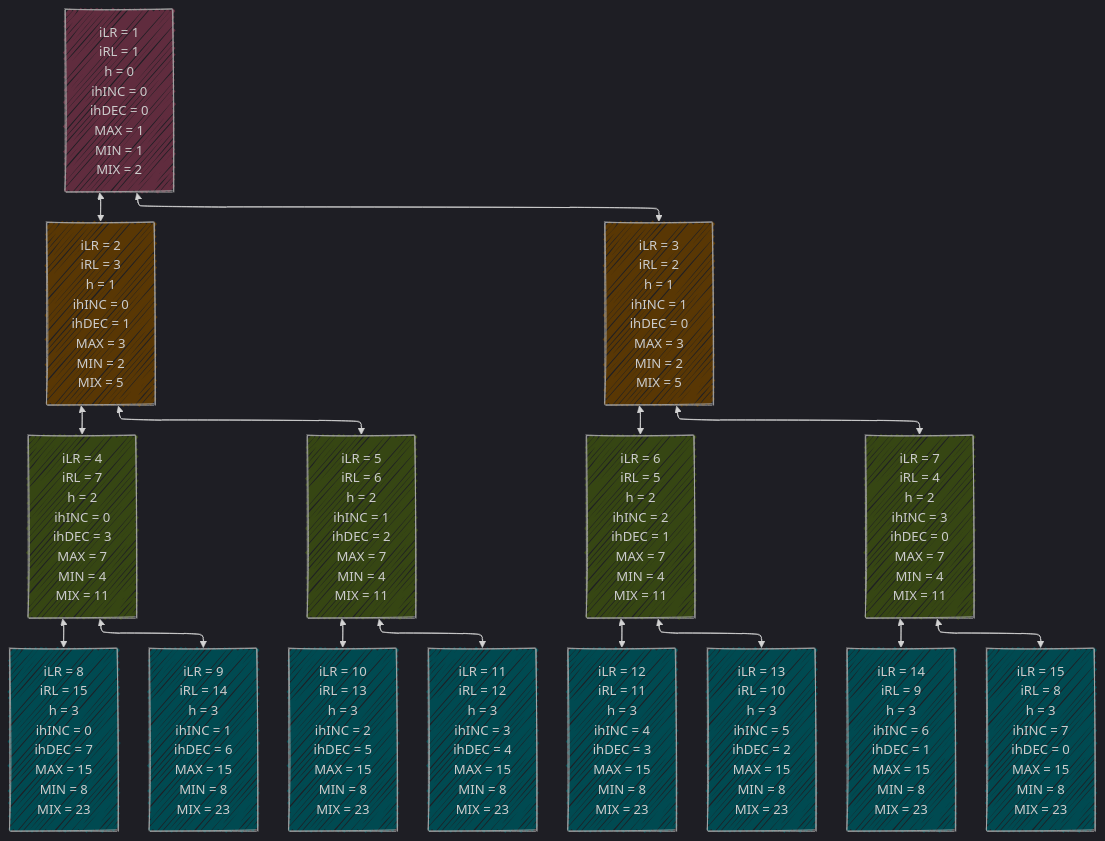
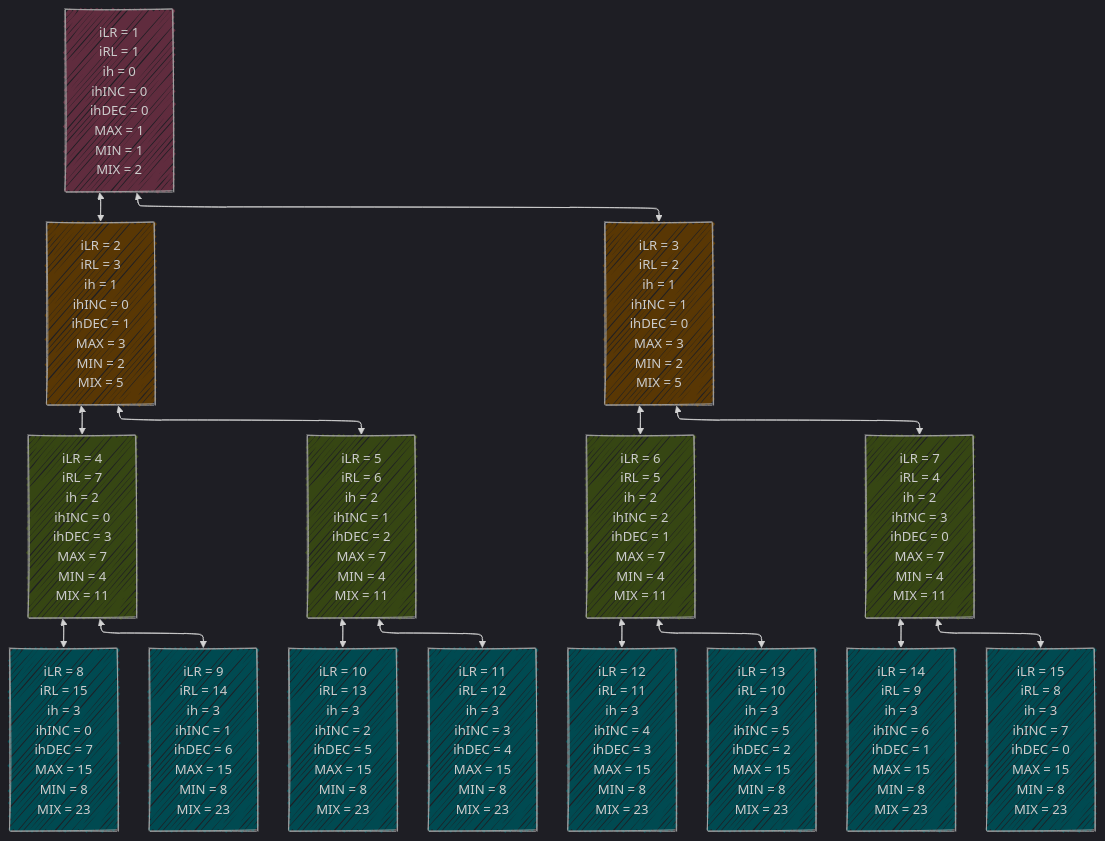
Before and after one commit to mod-by-cis/kinship-typologies-inferred-via-systematic-coherent-method-and-model: the second of 2 diagrams in mods/sosa-v4/TREE-BIN.md, drawn with Mermaid. The commit also changed other lines of this file, not shown here.

````diff
--- a/mods/sosa-v4/TREE-BIN.md
+++ b/mods/sosa-v4/TREE-BIN.md
@@ -221,42 +221,42 @@
 ```mermaid
 ---
 config:
   layout: elk
   look: handDrawn
   theme: dark
 ---
 graph TD
-  01["iLR = 1 <br /> iRL = 1  <br /> h = 0 <br /> ihINC = 0 <br /> ihDEC = 0 <br /> MAX = 1 <br /> MIN = 1 <br /> MIX = 2"]
-  01 <--> 02["iLR = 2 <br /> iRL = 3 <br /> h = 1 <br /> ihINC = 0 <br /> ihDEC = 1 <br /> MAX = 3 <br /> MIN = 2 <br /> MIX = 5"]
-  01 <--> 03["iLR = 3 <br /> iRL = 2 <br /> h = 1 <br /> ihINC = 1 <br /> ihDEC = 0 <br /> MAX = 3 <br /> MIN = 2 <br /> MIX = 5"]
-  02 <--> 04["iLR = 4 <br /> iRL = 7 <br /> h = 2 <br /> ihINC = 0 <br /> ihDEC = 3 <br /> MAX = 7 <br /> MIN = 4 <br /> MIX = 11"]
-  02 <--> 05["iLR = 5 <br /> iRL = 6 <br /> h = 2 <br /> ihINC = 1 <br /> ihDEC = 2 <br /> MAX = 7 <br /> MIN = 4 <br /> MIX = 11"]
-  03 <--> 06["iLR = 6 <br /> iRL = 5 <br /> h = 2 <br /> ihINC = 2 <br /> ihDEC = 1 <br /> MAX = 7 <br /> MIN = 4 <br /> MIX = 11"]
-  03 <--> 07["iLR = 7 <br /> iRL = 4 <br /> h = 2 <br /> ihINC = 3 <br /> ihDEC = 0 <br /> MAX = 7 <br /> MIN = 4 <br /> MIX = 11"]
-  04 <--> 08["iLR = 8 <br /> iRL = 15 <br /> h = 3 <br /> ihINC = 0 <br /> ihDEC = 7 <br /> MAX = 15 <br /> MIN = 8 <br /> MIX = 23"]
-  04 <--> 09["iLR = 9 <br /> iRL = 14 <br /> h = 3 <br /> ihINC = 1 <br /> ihDEC = 6 <br /> MAX = 15 <br /> MIN = 8 <br /> MIX = 23"] 
-  05 <--> 10["iLR = 10 <br /> iRL = 13 <br /> h = 3 <br /> ihINC = 2 <br /> ihDEC = 5 <br /> MAX = 15 <br /> MIN = 8 <br /> MIX = 23"]
-  05 <--> 11["iLR = 11 <br /> iRL = 12 <br /> h = 3 <br /> ihINC = 3 <br /> ihDEC = 4 <br /> MAX = 15 <br /> MIN = 8 <br /> MIX = 23"]
-  06 <--> 12["iLR = 12 <br /> iRL = 11 <br /> h = 3 <br /> ihINC = 4 <br /> ihDEC = 3 <br /> MAX = 15 <br /> MIN = 8 <br /> MIX = 23"]
-  06 <--> 13["iLR = 13 <br /> iRL = 10 <br /> h = 3 <br /> ihINC = 5 <br /> ihDEC = 2 <br /> MAX = 15 <br /> MIN = 8 <br /> MIX = 23"]
-  07 <--> 14["iLR = 14 <br /> iRL = 9 <br /> h = 3 <br /> ihINC = 6 <br /> ihDEC = 1 <br /> MAX = 15 <br /> MIN = 8 <br /> MIX = 23"]
-  07 <--> 15["iLR = 15 <br /> iRL = 8 <br /> h = 3 <br /> ihINC = 7 <br /> ihDEC = 0 <br /> MAX = 15 <br /> MIN = 8 <br /> MIX = 23"]
+  01["iLR = 1 <br /> iRL = 1  <br /> ih = 0 <br /> ihINC = 0 <br /> ihDEC = 0 <br /> MAX = 1 <br /> MIN = 1 <br /> MIX = 2"]
+  01 <--> 02["iLR = 2 <br /> iRL = 3 <br /> ih = 1 <br /> ihINC = 0 <br /> ihDEC = 1 <br /> MAX = 3 <br /> MIN = 2 <br /> MIX = 5"]
+  01 <--> 03["iLR = 3 <br /> iRL = 2 <br /> ih = 1 <br /> ihINC = 1 <br /> ihDEC = 0 <br /> MAX = 3 <br /> MIN = 2 <br /> MIX = 5"]
+  02 <--> 04["iLR = 4 <br /> iRL = 7 <br /> ih = 2 <br /> ihINC = 0 <br /> ihDEC = 3 <br /> MAX = 7 <br /> MIN = 4 <br /> MIX = 11"]
+  02 <--> 05["iLR = 5 <br /> iRL = 6 <br /> ih = 2 <br /> ihINC = 1 <br /> ihDEC = 2 <br /> MAX = 7 <br /> MIN = 4 <br /> MIX = 11"]
+  03 <--> 06["iLR = 6 <br /> iRL = 5 <br /> ih = 2 <br /> ihINC = 2 <br /> ihDEC = 1 <br /> MAX = 7 <br /> MIN = 4 <br /> MIX = 11"]
+  03 <--> 07["iLR = 7 <br /> iRL = 4 <br /> ih = 2 <br /> ihINC = 3 <br /> ihDEC = 0 <br /> MAX = 7 <br /> MIN = 4 <br /> MIX = 11"]
+  04 <--> 08["iLR = 8 <br /> iRL = 15 <br /> ih = 3 <br /> ihINC = 0 <br /> ihDEC = 7 <br /> MAX = 15 <br /> MIN = 8 <br /> MIX = 23"]
+  04 <--> 09["iLR = 9 <br /> iRL = 14 <br /> ih = 3 <br /> ihINC = 1 <br /> ihDEC = 6 <br /> MAX = 15 <br /> MIN = 8 <br /> MIX = 23"] 
+  05 <--> 10["iLR = 10 <br /> iRL = 13 <br /> ih = 3 <br /> ihINC = 2 <br /> ihDEC = 5 <br /> MAX = 15 <br /> MIN = 8 <br /> MIX = 23"]
+  05 <--> 11["iLR = 11 <br /> iRL = 12 <br /> ih = 3 <br /> ihINC = 3 <br /> ihDEC = 4 <br /> MAX = 15 <br /> MIN = 8 <br /> MIX = 23"]
+  06 <--> 12["iLR = 12 <br /> iRL = 11 <br /> ih = 3 <br /> ihINC = 4 <br /> ihDEC = 3 <br /> MAX = 15 <br /> MIN = 8 <br /> MIX = 23"]
+  06 <--> 13["iLR = 13 <br /> iRL = 10 <br /> ih = 3 <br /> ihINC = 5 <br /> ihDEC = 2 <br /> MAX = 15 <br /> MIN = 8 <br /> MIX = 23"]
+  07 <--> 14["iLR = 14 <br /> iRL = 9 <br /> ih = 3 <br /> ihINC = 6 <br /> ihDEC = 1 <br /> MAX = 15 <br /> MIN = 8 <br /> MIX = 23"]
+  07 <--> 15["iLR = 15 <br /> iRL = 8 <br /> ih = 3 <br /> ihINC = 7 <br /> ihDEC = 0 <br /> MAX = 15 <br /> MIN = 8 <br /> MIX = 23"]
  
 
    style 01 fill:#602c3e,stroke:#AAA,stroke-width:1px
    style 02 fill:#593704,stroke:#AAA,stroke-width:1px
    style 03 fill:#593704,stroke:#AAA,stroke-width:1px
    style 04 fill:#364613,stroke:#AAA,stroke-width:1px
    style 05 fill:#364613,stroke:#AAA,stroke-width:1px
    style 06 fill:#364613,stroke:#AAA,stroke-width:1px
    style 07 fill:#364613,stroke:#AAA,stroke-width:1px
    style 08 fill:#004a51,stroke:#AAA,stroke-width:1px
    style 09 fill:#004a51,stroke:#AAA,stroke-width:1px
    style 10 fill:#004a51,stroke:#AAA,stroke-width:1px
    style 11 fill:#004a51,stroke:#AAA,stroke-width:1px
    style 12 fill:#004a51,stroke:#AAA,stroke-width:1px
    style 13 fill:#004a51,stroke:#AAA,stroke-width:1px
    style 14 fill:#004a51,stroke:#AAA,stroke-width:1px
    style 15 fill:#004a51,stroke:#AAA,stroke-width:1px
 
 ```
````
